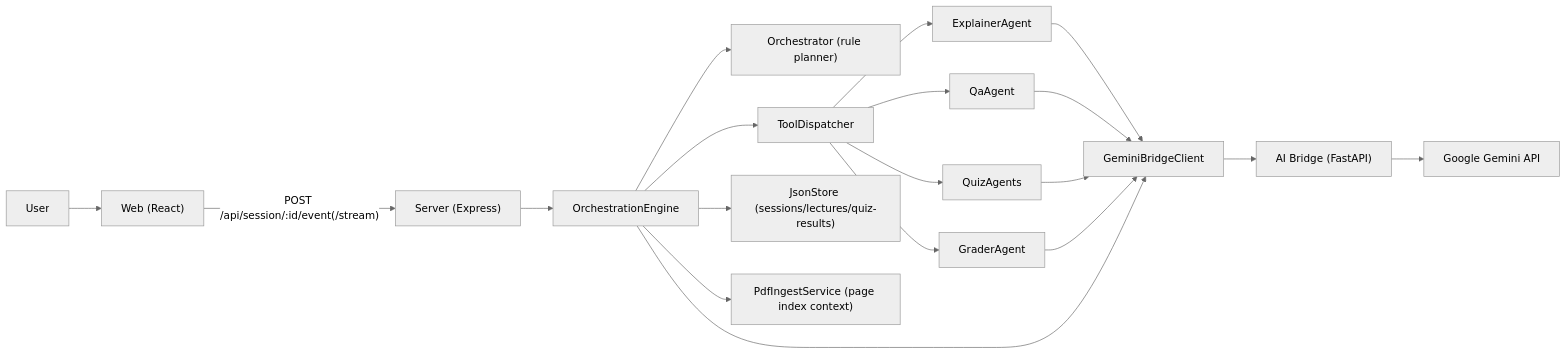
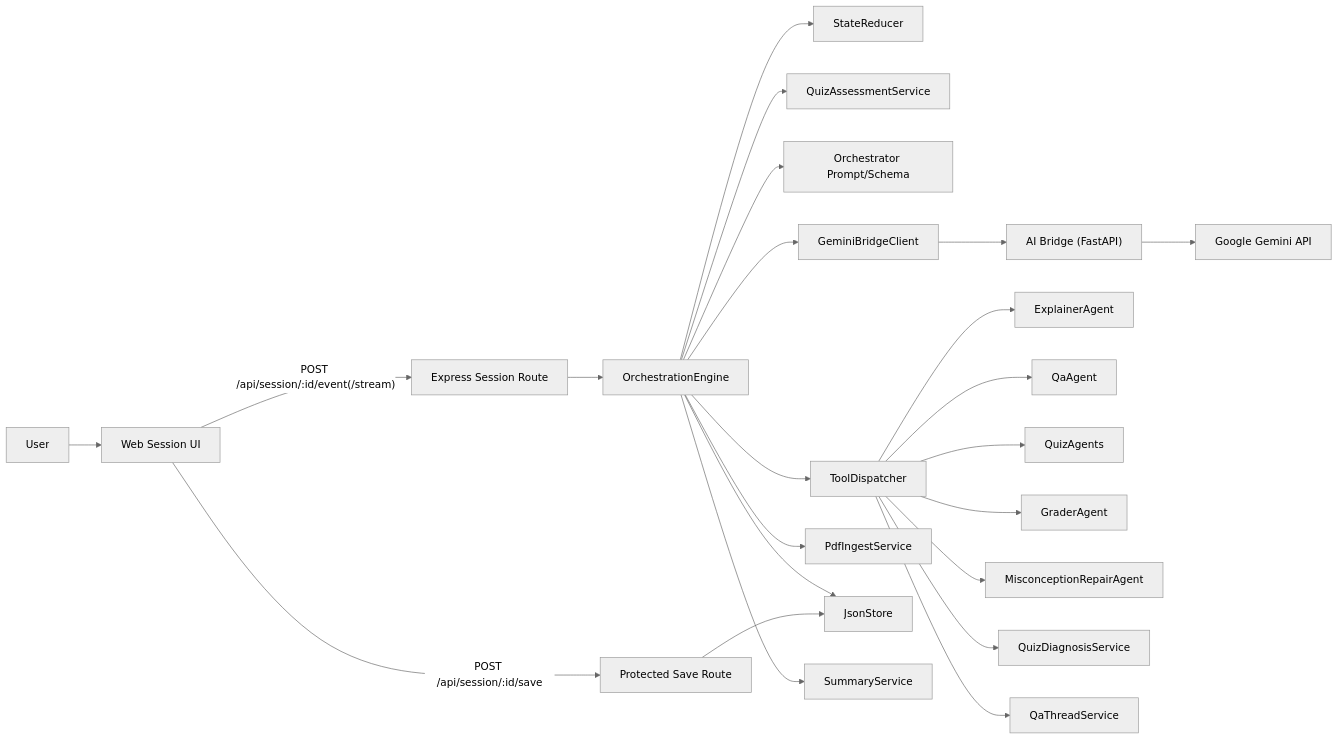
Before and after one commit to uou-capstone/UOU_Capstone_Design_AI: the first of 2 diagrams in MergeEduAgentFull/AGENT_ORCHESTRATION_DESIGN.md, drawn with Mermaid (neutral theme). The commit also changed other lines of this file and 94 other files, not shown here.

````diff
--- a/MergeEduAgentFull/AGENT_ORCHESTRATION_DESIGN.md
+++ b/MergeEduAgentFull/AGENT_ORCHESTRATION_DESIGN.md
@@ -34,21 +34,25 @@
 ```mermaid
 flowchart LR
-  U["User"] --> W["Web (React)"]
-  W -->|"POST /api/session/:id/event(/stream)"| S["Server (Express)"]
-  S --> O["OrchestrationEngine"]
-  O --> ORC["Orchestrator (rule planner)"]
-  O --> TD["ToolDispatcher"]
-  TD --> EX["ExplainerAgent"]
-  TD --> QA["QaAgent"]
-  TD --> QZ["QuizAgents"]
-  TD --> GR["GraderAgent"]
-  EX --> GBC["GeminiBridgeClient"]
-  QA --> GBC
-  QZ --> GBC
-  GR --> GBC
-  O --> GBC
-  GBC --> B["AI Bridge (FastAPI)"]
+  U["User"] --> W["Web Session UI"]
+  W -->|"POST /api/session/:id/event(/stream)"| S["Express Session Route"]
+  W -->|"POST /api/session/:id/save"| SS["Protected Save Route"]
+  S --> E["OrchestrationEngine"]
+  E --> R["StateReducer"]
+  E --> QA2["QuizAssessmentService"]
+  E --> O["Orchestrator Prompt/Schema"]
+  E --> G["GeminiBridgeClient"]
+  G --> B["AI Bridge (FastAPI)"]
   B --> GM["Google Gemini API"]
-  O --> ST["JsonStore (sessions/lectures/quiz-results)"]
-  O --> PDF["PdfIngestService (page index context)"]
+  E --> D["ToolDispatcher"]
+  D --> EX["ExplainerAgent"]
+  D --> QA["QaAgent"]
+  D --> QZ["QuizAgents"]
+  D --> GR["GraderAgent"]
+  D --> MR["MisconceptionRepairAgent"]
+  D --> QD["QuizDiagnosisService"]
+  D --> QT["QaThreadService"]
+  E --> P["PdfIngestService"]
+  E --> J["JsonStore"]
+  E --> S2["SummaryService"]
+  SS --> J
 ```
````
